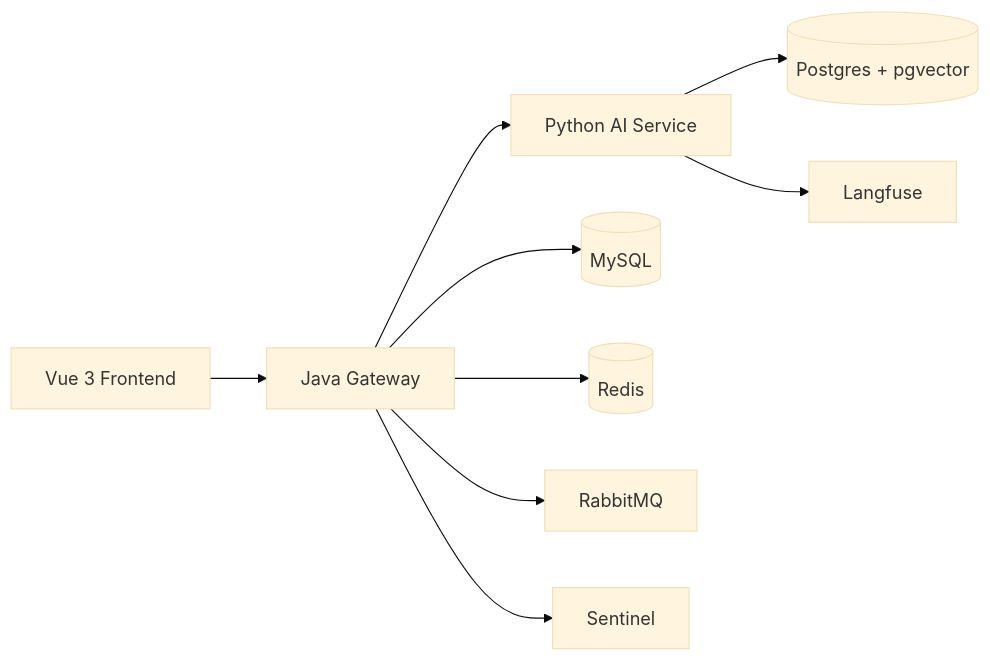
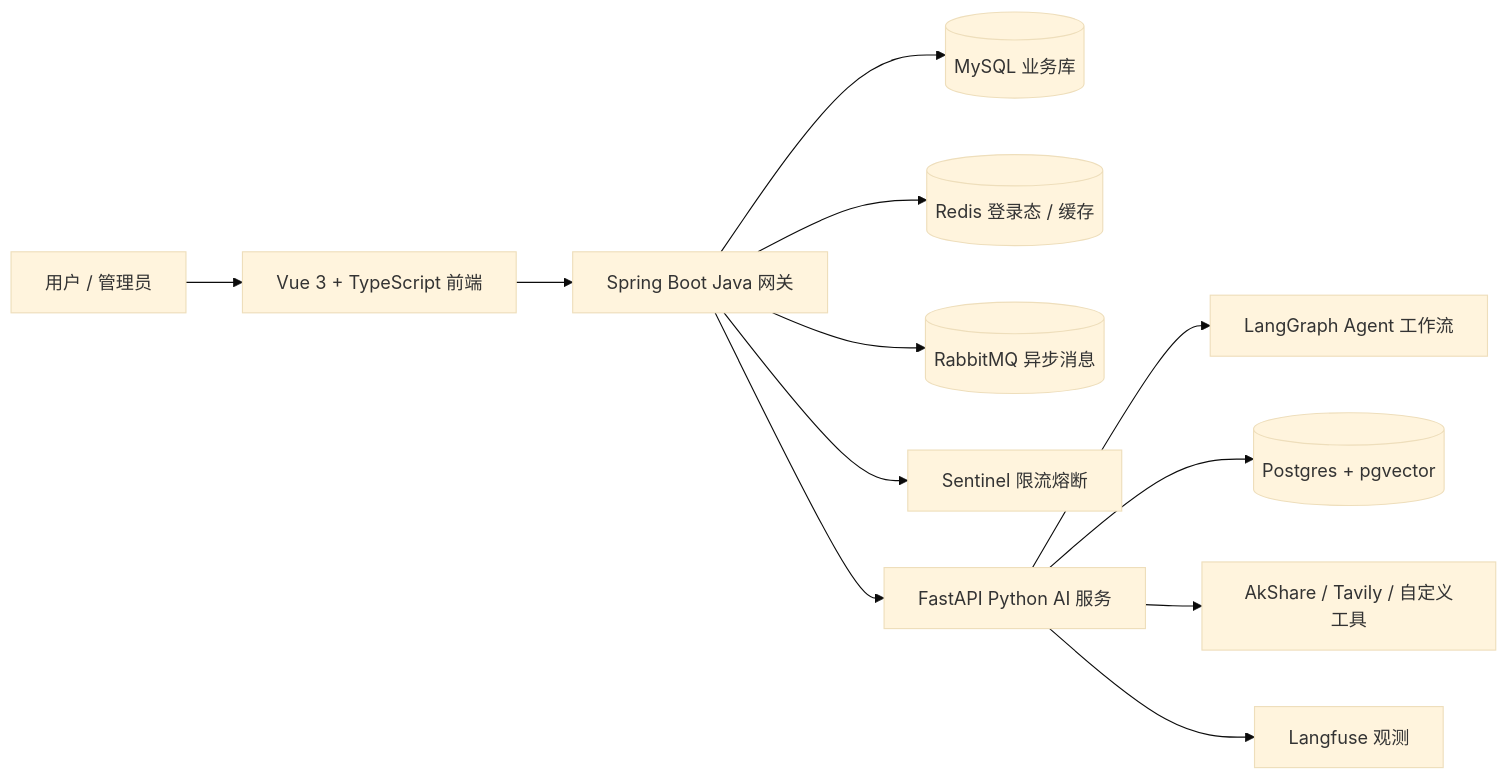
The diagram in README.md (lelinhomafx4021-creator/python-test), drawn with Mermaid (base theme) before and after one commit. The commit also changed other lines of this file and 307 other files, not shown here.

````diff
--- a/README.md
+++ b/README.md
@@ -73,11 +28,14 @@
 ```mermaid
 graph LR
-    A[Vue 3 Frontend] --> B[Java Gateway]
-    B --> C[Python AI Service]
-    B --> D[(MySQL)]
-    B --> E[(Redis)]
-    B --> F[RabbitMQ]
-    C --> G[(Postgres + pgvector)]
-    C --> H[Langfuse]
-    B --> I[Sentinel]
+    User["用户 / 管理员"] --> Frontend["Vue 3 + TypeScript 前端"]
+    Frontend --> Gateway["Spring Boot Java 网关"]
+    Gateway --> MySQL[("MySQL 业务库")]
+    Gateway --> Redis[("Redis 登录态 / 缓存")]
+    Gateway --> RabbitMQ[("RabbitMQ 异步消息")]
+    Gateway --> Sentinel["Sentinel 限流熔断"]
+    Gateway --> Python["FastAPI Python AI 服务"]
+    Python --> LangGraph["LangGraph Agent 工作流"]
+    Python --> PG[("Postgres + pgvector")]
+    Python --> Tools["AkShare / Tavily / 自定义工具"]
+    Python --> Langfuse["Langfuse 观测"]
 ```
````
